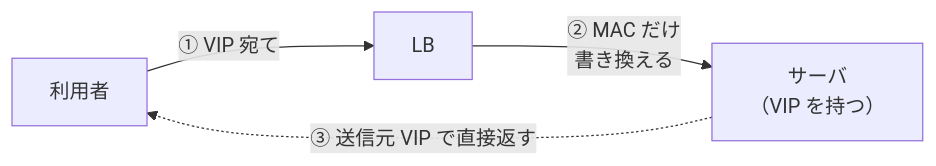
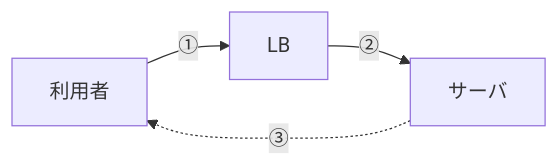
One commit to nnnaanaa/document changed the second of 3 diagrams in network/redundancy/lb-proxy.md. Above: the diagram before and after it, drawn with Mermaid. The commit also changed other lines of this file and 3 other files, not shown here.

Commit message:
新しい暗記シート4本の図の横幅を詰める

````diff
--- a/network/redundancy/lb-proxy.md
+++ b/network/redundancy/lb-proxy.md
@@ -99,6 +99,6 @@
 ```mermaid
 flowchart LR
-  C["利用者"] -- "① VIP 宛て" --> LB["LB"]
-  LB -- "② MAC だけ<br>書き換える" --> S["サーバ<br>（VIP を持つ）"]
-  S -. "③ 送信元 VIP で直接返す" .-> C
+  C["利用者"] -- "①" --> LB["LB"]
+  LB -- "②" --> S["サーバ"]
+  S -. "③" .-> C
 ```
````
